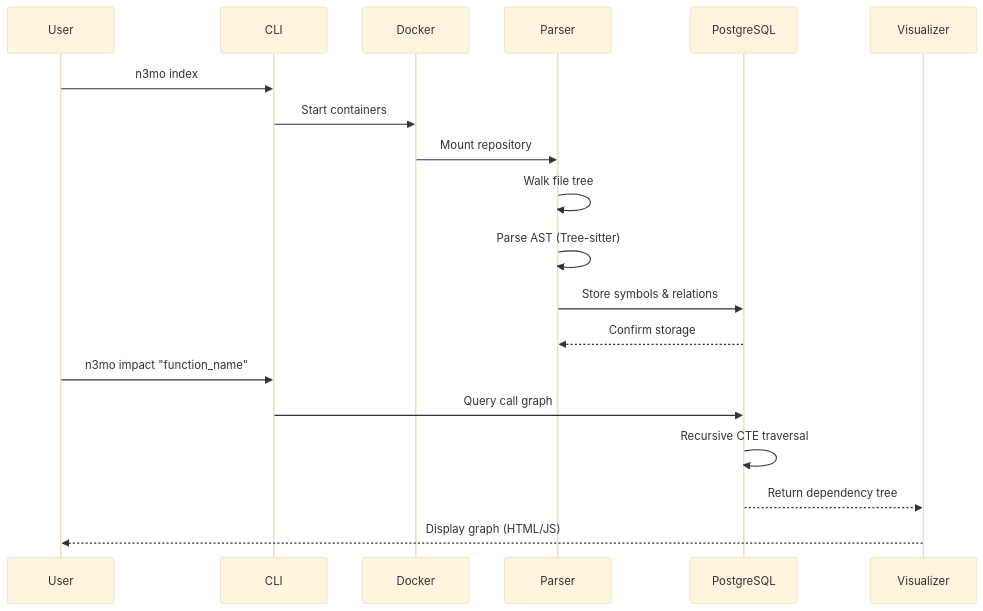
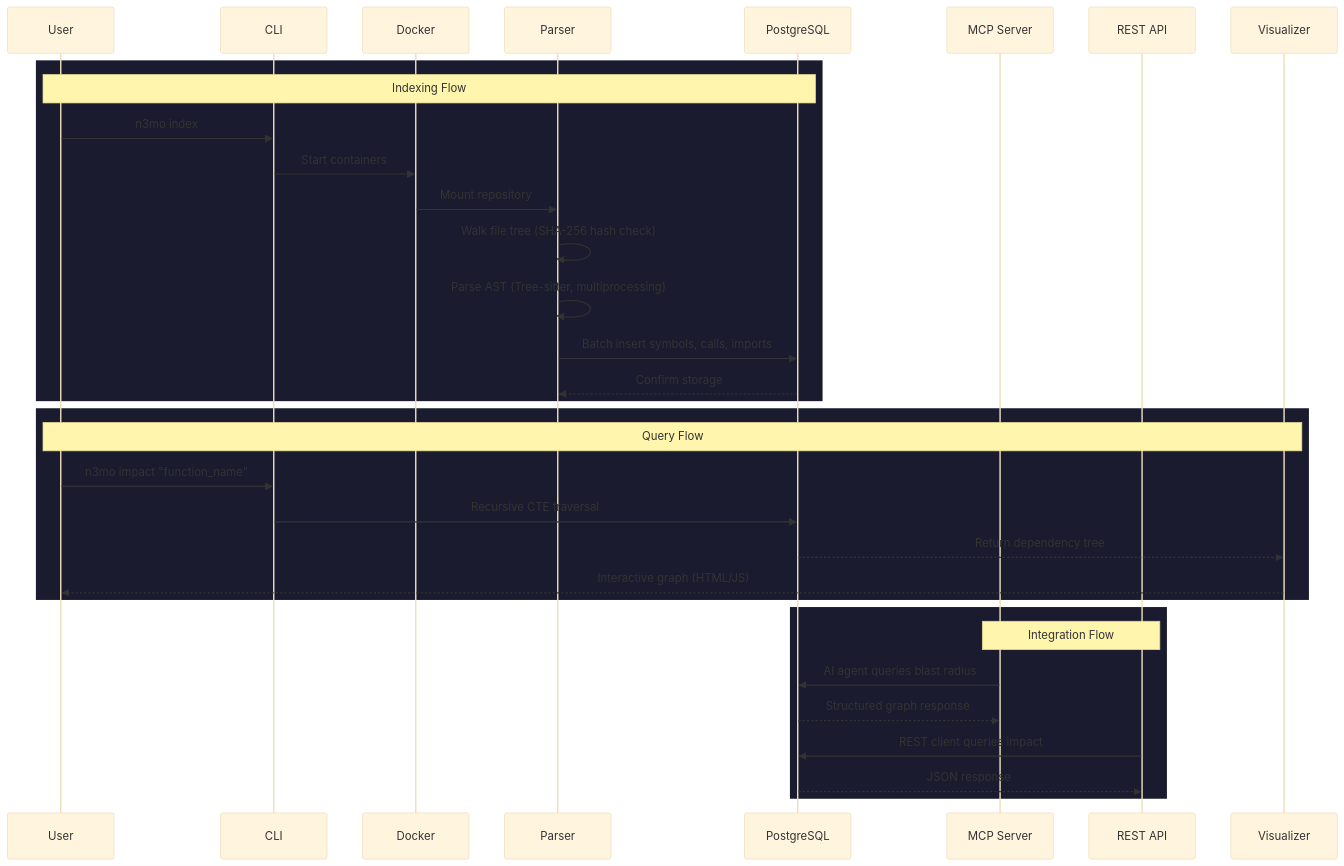
The second of 4 diagrams in README.md (RajX-dev/CODESEER-MAIN), drawn with Mermaid (base theme) before and after one commit. The commit also changed other lines of this file and 25 other files, not shown here.

Commit message:
docs: overhaul README, update benchmarks, add MCP server, REST API, git hooks, and visual polish

````diff
--- a/README.md
+++ b/README.md
@@ -119,23 +137,38 @@
 ```mermaid
 sequenceDiagram
     participant User
     participant CLI
     participant Docker
     participant Parser
     participant DB as PostgreSQL
+    participant MCP as MCP Server
+    participant API as REST API
     participant Viz as Visualizer
 
+    rect rgb(26, 27, 46)
+    Note over User, DB: Indexing Flow
     User->>CLI: n3mo index
     CLI->>Docker: Start containers
     Docker->>Parser: Mount repository
-    Parser->>Parser: Walk file tree
-    Parser->>Parser: Parse AST (Tree-sitter)
-    Parser->>DB: Store symbols & relations
+    Parser->>Parser: Walk file tree (SHA-256 hash check)
+    Parser->>Parser: Parse AST (Tree-sitter, multiprocessing)
+    Parser->>DB: Batch insert symbols, calls, imports
     DB-->>Parser: Confirm storage
+    end
 
+    rect rgb(26, 27, 46)
+    Note over User, Viz: Query Flow
     User->>CLI: n3mo impact "function_name"
-    CLI->>DB: Query call graph
-    DB->>DB: Recursive CTE traversal
+    CLI->>DB: Recursive CTE traversal
     DB-->>Viz: Return dependency tree
-    Viz-->>User: Display graph (HTML/JS)
+    Viz-->>User: Interactive graph (HTML/JS)
+    end
+
+    rect rgb(26, 27, 46)
+    Note over MCP, API: Integration Flow
+    MCP->>DB: AI agent queries blast radius
+    DB-->>MCP: Structured graph response
+    API->>DB: REST client queries impact
+    DB-->>API: JSON response
+    end
 ```
````
